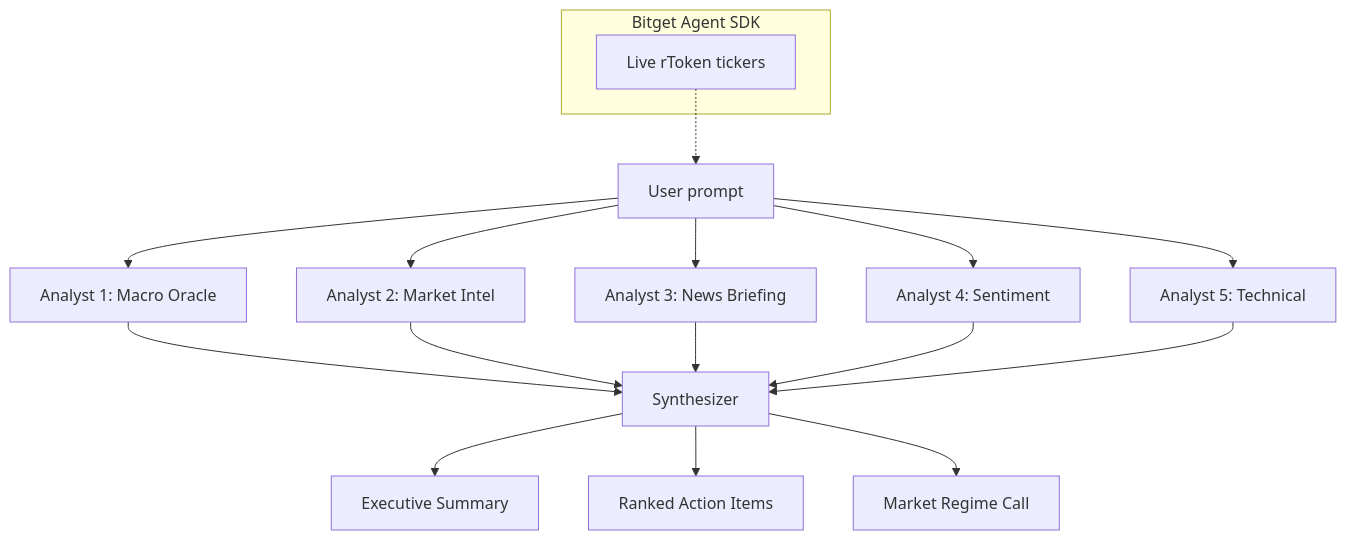
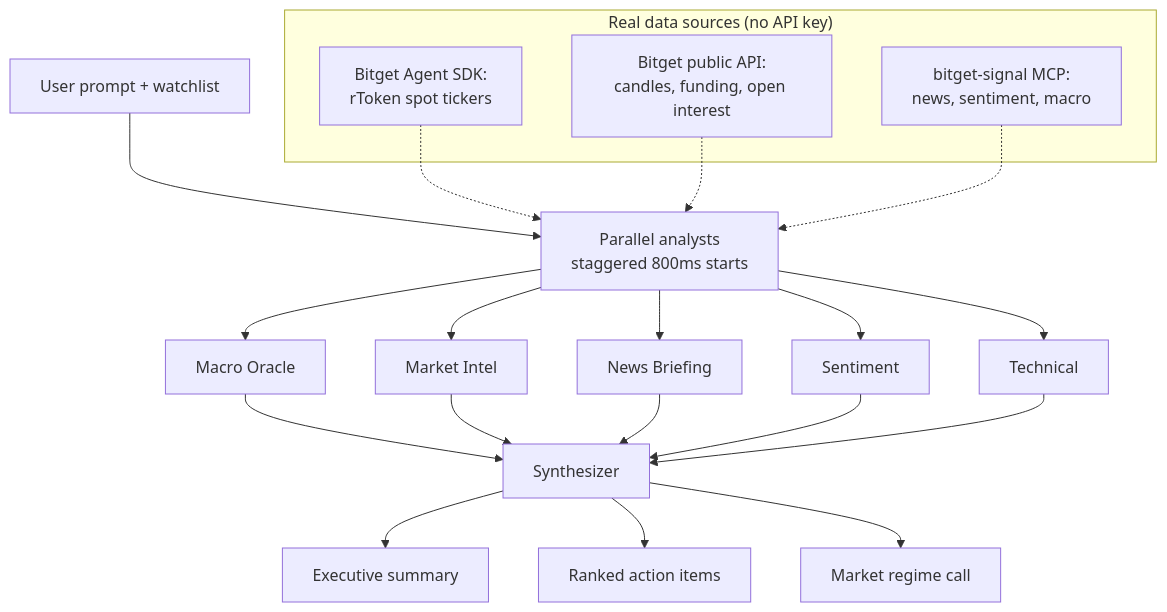
One commit to DruxAMB/overnight-brief changed the diagram in README.md. Above: the diagram before and after it, drawn with Mermaid. The commit also changed other lines of this file, not shown here.

First line of the commit message:
Update README for deployed URL, parallel pipeline, and new features

````diff
--- a/README.md
+++ b/README.md
@@ -33,24 +36,29 @@
 ```mermaid
 graph TD
-    A[User prompt] --> B[Analyst 1: Macro Oracle]
-    A --> C[Analyst 2: Market Intel]
-    A --> D[Analyst 3: News Briefing]
-    A --> E[Analyst 4: Sentiment]
-    A --> F[Analyst 5: Technical]
+    A[User prompt + watchlist] --> P[Parallel analysts<br/>staggered 800ms starts]
+    P --> B[Macro Oracle]
+    P --> C[Market Intel]
+    P --> D[News Briefing]
+    P --> E[Sentiment]
+    P --> F[Technical]
 
     B --> G[Synthesizer]
     C --> G
     D --> G
     E --> G
     F --> G
 
-    G --> H[Executive Summary]
-    G --> I[Ranked Action Items]
-    G --> J[Market Regime Call]
+    G --> H[Executive summary]
+    G --> I[Ranked action items]
+    G --> J[Market regime call]
 
-    subgraph "Bitget Agent SDK"
-        K[Live rToken tickers]
+    subgraph "Real data sources (no API key)"
+        K[Bitget Agent SDK:<br/>rToken spot tickers]
+        L[Bitget public API:<br/>candles, funding, open interest]
+        M[bitget-signal MCP:<br/>news, sentiment, macro]
     end
 
-    K -.-> A
+    K -.-> P
+    L -.-> P
+    M -.-> P
 ```
````
